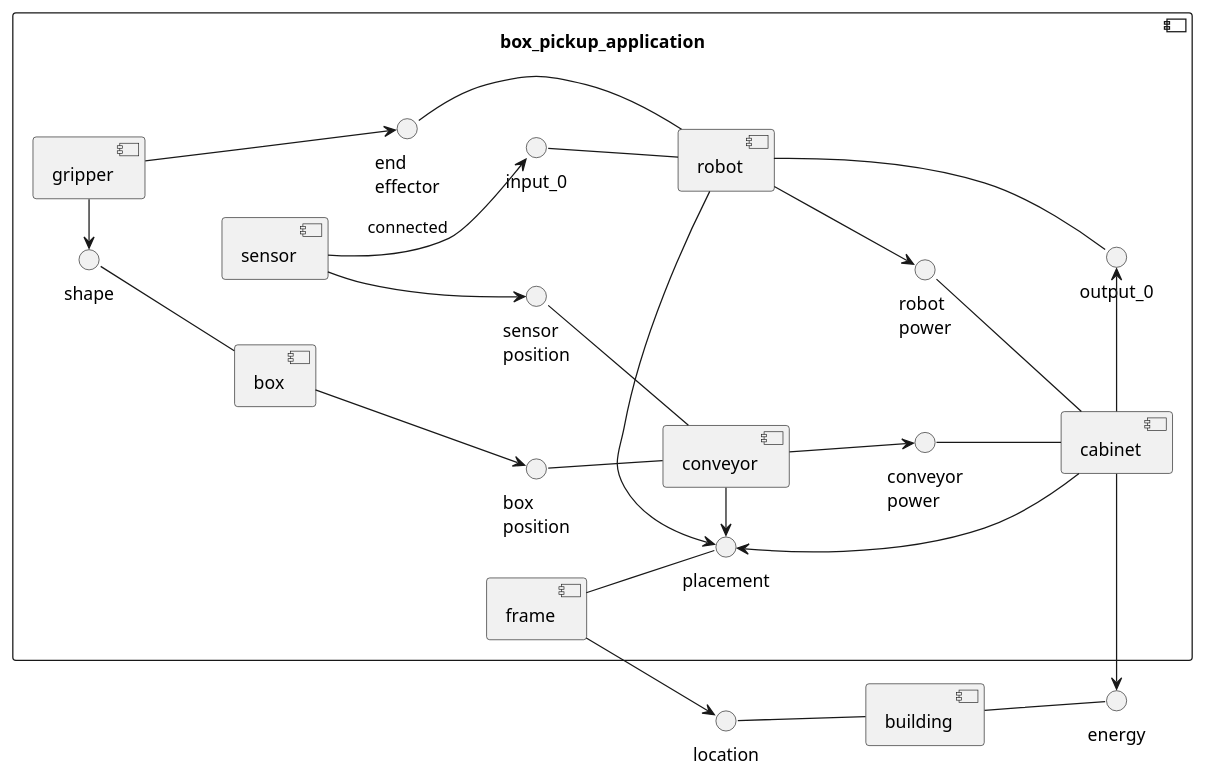
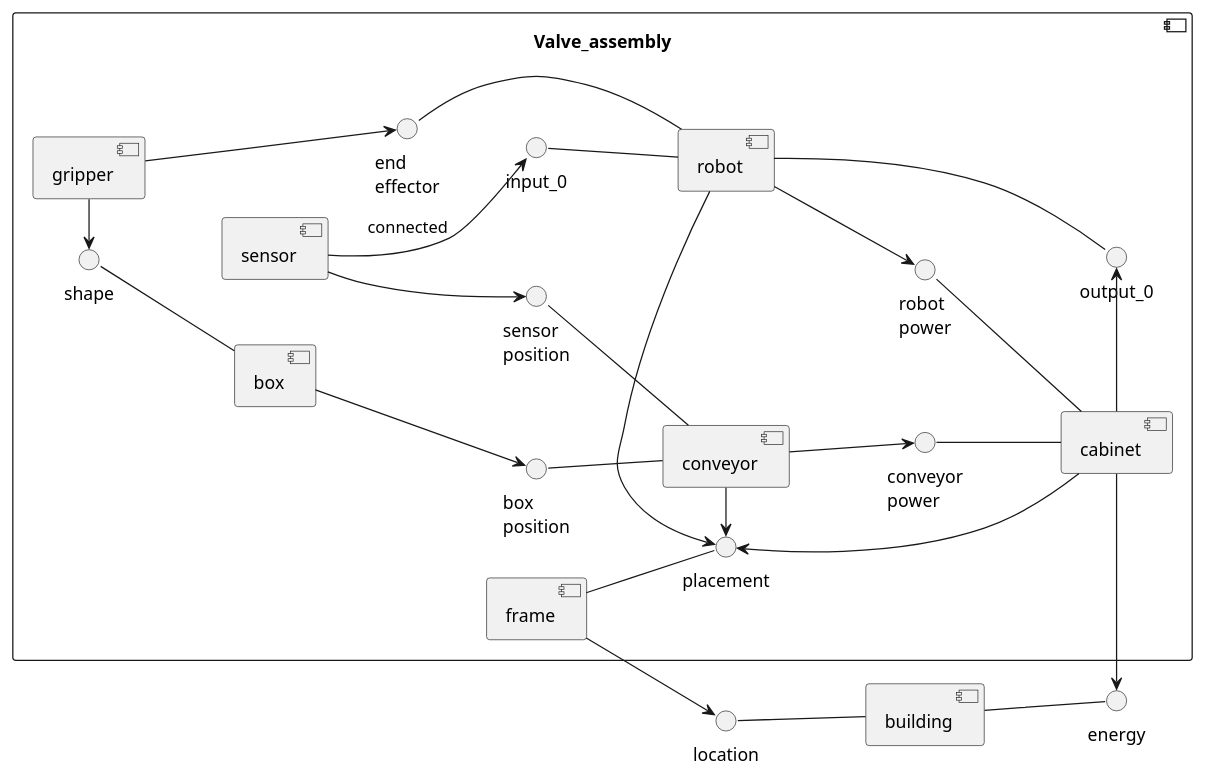
The second of 2 diagrams in src/Introduction.md (Timon14kraan/Project-Proces-and-Safety), drawn with PlantUML before and after one commit. The commit also changed 2 other files, not shown here.

````diff
--- a/src/Introduction.md
+++ b/src/Introduction.md
@@ -65,55 +65,55 @@
 ```plantuml
 @startuml Process_and_Safety
 skinparam backgroundColor transparent
 left to right direction
 'skinparam linetype ortho
 
-component box_pickup_application {
+component Valve_assembly {
     
     [frame]
     () placement -u- frame
     [robot]
     () input_0 -- robot
     () output_0 -- robot
     () "end\neffector" -- robot
 
     [sensor]
     sensor --> input_0 : connected
     sensor --> "sensor\nposition"
     
     robot -> placement
 
     [cabinet]
     () "robot\npower" -- cabinet
     () "conveyor\npower" -- cabinet
    
     cabinet -u-> placement
     robot --> "robot\npower"
     cabinet -r-> output_0
     
     [conveyor]
     () "sensor\nposition" -- conveyor
     () "box\nposition" -- conveyor
     conveyor -> placement
     conveyor --> "conveyor\npower"
 
     [box]
     () shape -- box
     
     [gripper]
     gripper -l-> shape
     
     box --> "box\nposition"
     gripper --> "end\neffector"
 }
 
 [building]
 
 () energy -l- building
 () location -d- building
 
 frame --> location
 cabinet -r-> energy
 
 @enduml
 ```
````
